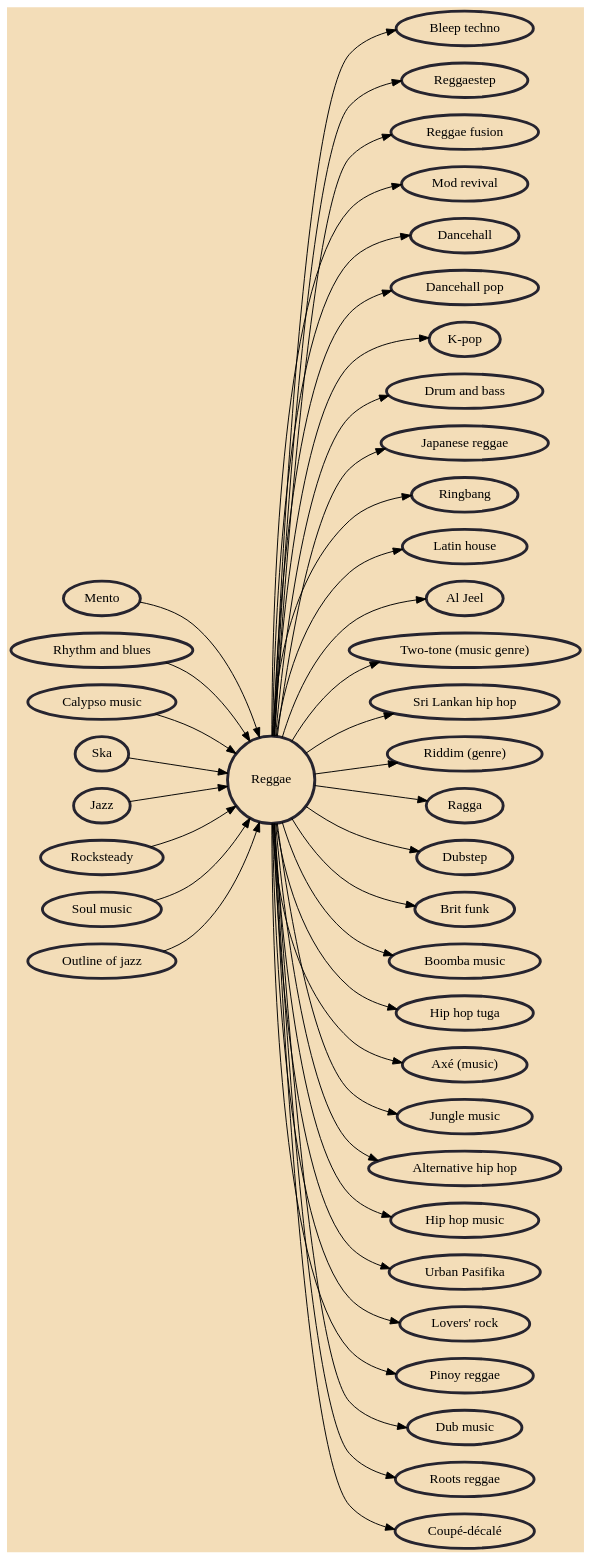
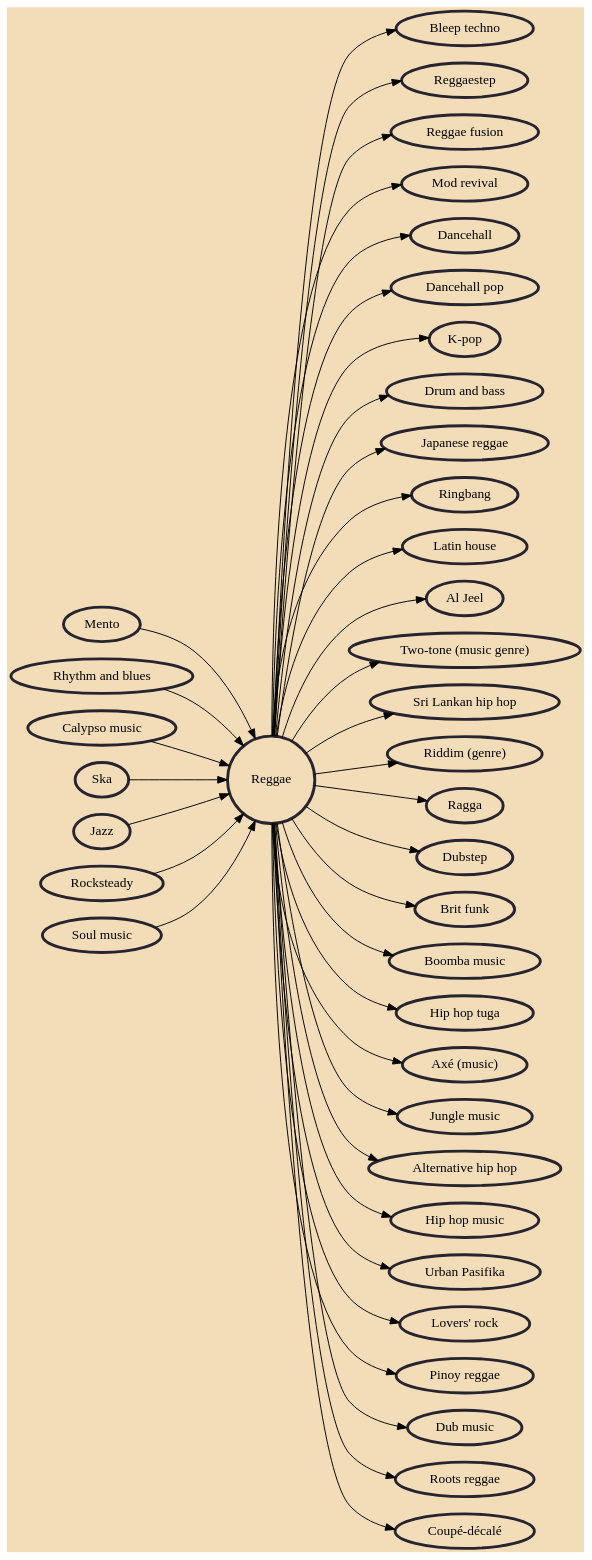
Before and after one commit to avengerpenguin/musicgenres: the diagram in Music/Reggae.md, drawn with Graphviz. The commit also changed other lines of this file and 9 other files, not shown here.

Commit message:
Remove anomaly with Outline of jazz page

```diff
--- a/Music/Reggae.md
+++ b/Music/Reggae.md
@@ -22,8 +22,6 @@
 	Rocksteady -> Reggae
 	"Soul music" [URL="/soul-music/"]
 	"Soul music" -> Reggae
-	"Outline of jazz" [URL="/outline-of-jazz/"]
-	"Outline of jazz" -> Reggae
 	"Bleep techno" [URL="/bleep-techno/"]
 	Reggae -> "Bleep techno"
 	Reggaestep [URL="/reggaestep/"]
```
